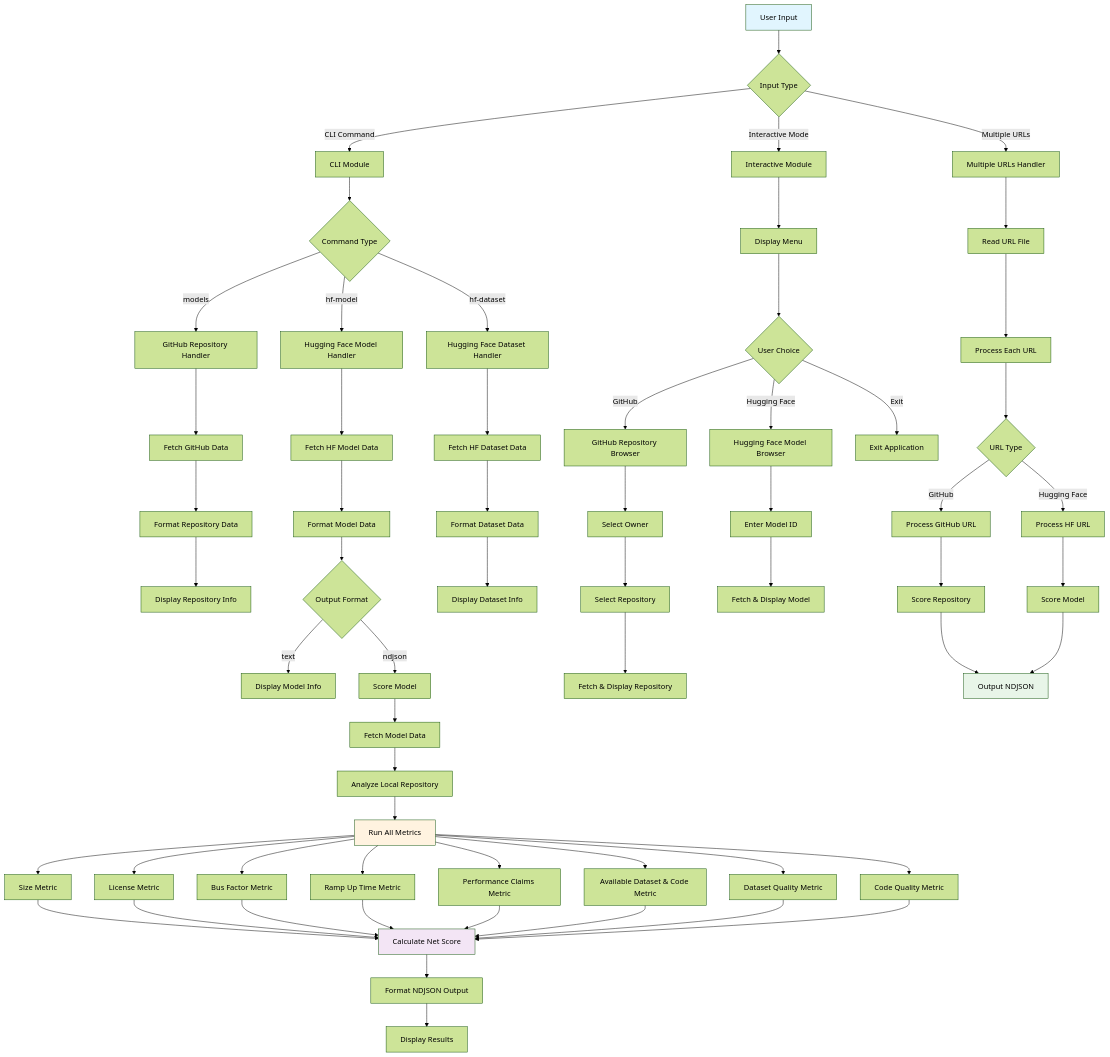
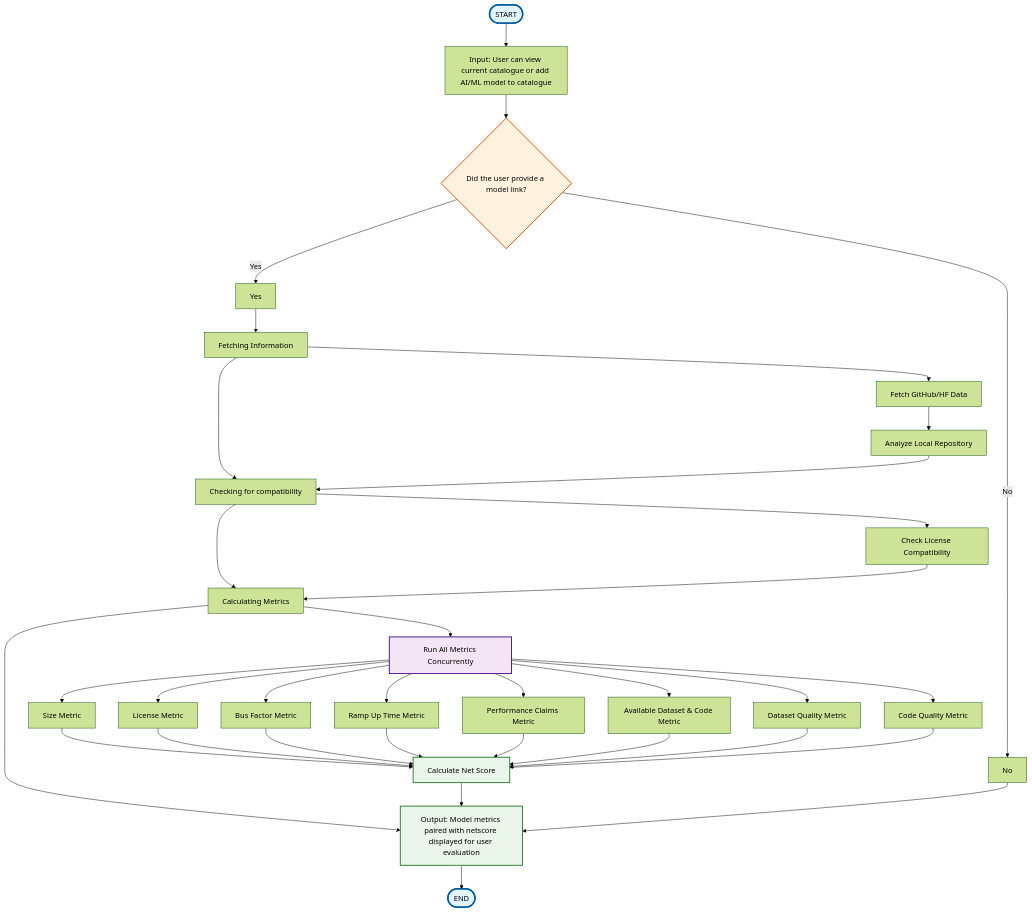
One commit to emsilver987/CS450_Team_Repo changed the diagram in activity_diagram.md. Above: the diagram before and after it, drawn with Mermaid (forest theme). The commit also changed other lines of this file, not shown here.

Commit message:
correct activity diagram

````diff
--- a/activity_diagram.md
+++ b/activity_diagram.md
@@ -5,81 +5,58 @@
 ```mermaid
 flowchart TD
-    A[User Input] --> B{Input Type}
+    START([START]) --> INPUT[Input: User can view current catalogue or add AI/ML model to catalogue]
     
-    B -->|CLI Command| C[CLI Module]
-    B -->|Interactive Mode| D[Interactive Module]
-    B -->|Multiple URLs| E[Multiple URLs Handler]
+    INPUT --> DECISION{Did the user provide a model link?}
     
-    C --> F{Command Type}
-    F -->|models| G[GitHub Repository Handler]
-    F -->|hf-model| H[Hugging Face Model Handler]
-    F -->|hf-dataset| I[Hugging Face Dataset Handler]
+    %% Yes Path - Adding New Model
+    DECISION -->|Yes| YES[Yes]
+    YES --> FETCH[Fetching Information]
+    FETCH --> CHECK[Checking for compatibility]
+    CHECK --> CALC[Calculating Metrics]
     
-    G --> J[Fetch GitHub Data]
-    H --> K[Fetch HF Model Data]
-    I --> L[Fetch HF Dataset Data]
+    %% No Path - Viewing Existing Models
+    DECISION -->|No| NO[No]
     
-    J --> M[Format Repository Data]
-    K --> N[Format Model Data]
-    L --> O[Format Dataset Data]
+    %% Convergence Point
+    CALC --> OUTPUT[Output: Model metrics paired with netscore displayed for user evaluation]
+    NO --> OUTPUT
     
-    M --> P[Display Repository Info]
-    N --> Q{Output Format}
-    O --> R[Display Dataset Info]
+    %% Enhanced Implementation Details
+    FETCH --> FETCH_DETAILS[Fetch GitHub/HF Data]
+    FETCH_DETAILS --> LOCAL_ANALYSIS[Analyze Local Repository]
+    LOCAL_ANALYSIS --> CHECK
     
-    Q -->|text| S[Display Model Info]
-    Q -->|ndjson| T[Score Model]
+    CHECK --> CHECK_DETAILS[Check License Compatibility]
+    CHECK_DETAILS --> CALC
     
-    T --> U[Fetch Model Data]
-    U --> V[Analyze Local Repository]
-    V --> W[Run All Metrics]
+    CALC --> METRICS[Run All Metrics Concurrently]
+    METRICS --> SIZE[Size Metric]
+    METRICS --> LICENSE[License Metric]
+    METRICS --> BUS[Bus Factor Metric]
+    METRICS --> RAMP[Ramp Up Time Metric]
+    METRICS --> PERF[Performance Claims Metric]
+    METRICS --> AVAIL[Available Dataset & Code Metric]
+    METRICS --> DATASET[Dataset Quality Metric]
+    METRICS --> CODE[Code Quality Metric]
     
-    W --> X[Size Metric]
-    W --> Y[License Metric]
-    W --> Z[Bus Factor Metric]
-    W --> AA[Ramp Up Time Metric]
-    W --> BB[Performance Claims Metric]
-    W --> CC[Available Dataset & Code Metric]
-    W --> DD[Dataset Quality Metric]
-    W --> EE[Code Quality Metric]
+    SIZE --> NETSCORE[Calculate Net Score]
+    LICENSE --> NETSCORE
+    BUS --> NETSCORE
+    RAMP --> NETSCORE
+    PERF --> NETSCORE
+    AVAIL --> NETSCORE
+    DATASET --> NETSCORE
+    CODE --> NETSCORE
     
-    X --> FF[Calculate Net Score]
-    Y --> FF
-    Z --> FF
-    AA --> FF
-    BB --> FF
-    CC --> FF
-    DD --> FF
-    EE --> FF
+    NETSCORE --> OUTPUT
     
-    FF --> GG[Format NDJSON Output]
-    GG --> HH[Display Results]
+    OUTPUT --> END([END])
     
-    D --> II[Display Menu]
-    II --> JJ{User Choice}
-    JJ -->|GitHub| KK[GitHub Repository Browser]
-    JJ -->|Hugging Face| LL[Hugging Face Model Browser]
-    JJ -->|Exit| MM[Exit Application]
-    
-    KK --> NN[Select Owner]
-    NN --> OO[Select Repository]
-    OO --> PP[Fetch & Display Repository]
-    
-    LL --> QQ[Enter Model ID]
-    QQ --> RR[Fetch & Display Model]
-    
-    E --> SS[Read URL File]
-    SS --> TT[Process Each URL]
-    TT --> UU{URL Type}
-    UU -->|GitHub| VV[Process GitHub URL]
-    UU -->|Hugging Face| WW[Process HF URL]
-    VV --> XX[Score Repository]
-    WW --> YY[Score Model]
-    XX --> ZZ[Output NDJSON]
-    YY --> ZZ
-    
-    style A fill:#e1f5fe
-    style FF fill:#f3e5f5
-    style W fill:#fff3e0
-    style ZZ fill:#e8f5e8
+    %% Styling
+    style START fill:#e1f5fe,stroke:#01579b,stroke-width:3px
+    style END fill:#e1f5fe,stroke:#01579b,stroke-width:3px
+    style DECISION fill:#fff3e0,stroke:#e65100,stroke-width:2px
+    style METRICS fill:#f3e5f5,stroke:#4a148c,stroke-width:2px
+    style NETSCORE fill:#e8f5e8,stroke:#2e7d32,stroke-width:2px
+    style OUTPUT fill:#e8f5e8,stroke:#2e7d32,stroke-width:2px
 ```
````
